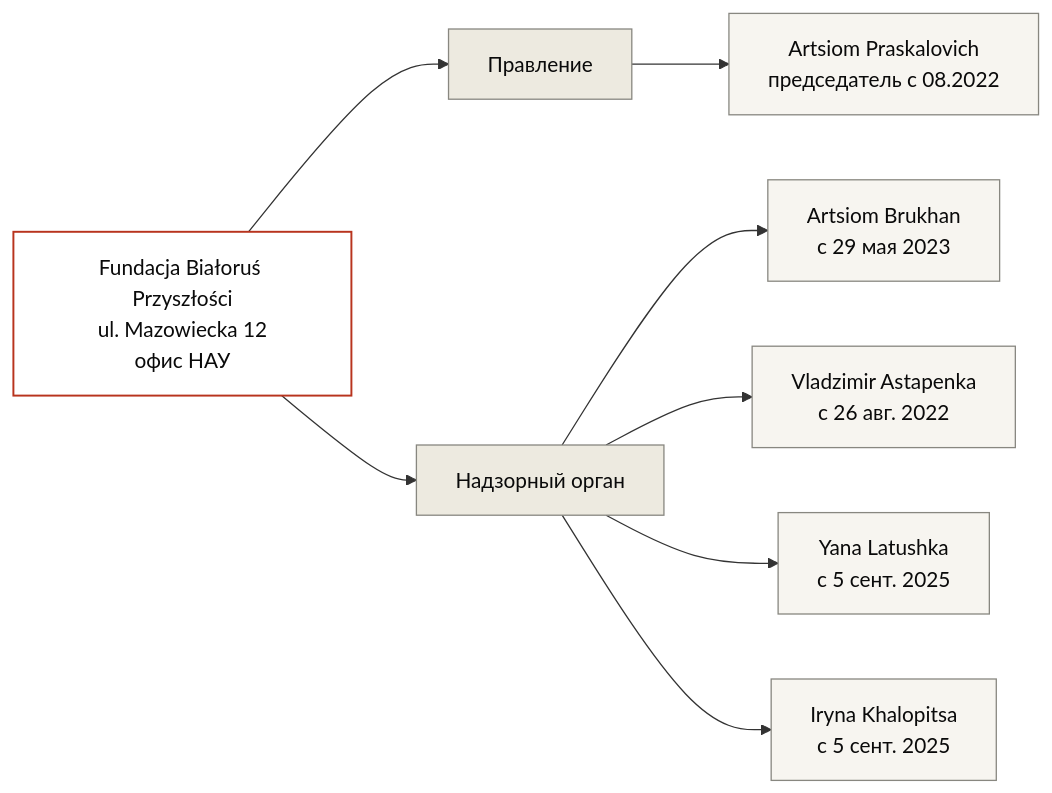
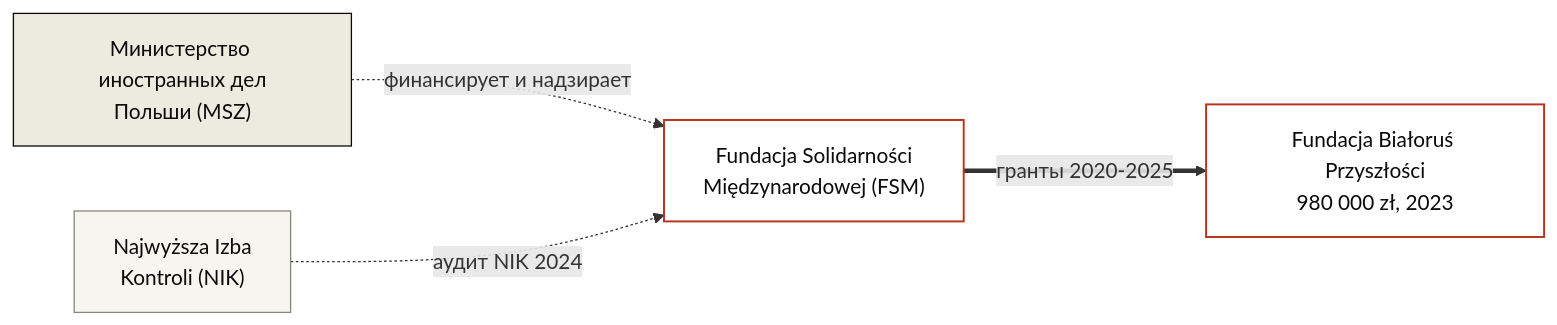
One commit to belarustransparency/belarus-transparency changed the diagram in docs/ru/organizations/fundacja-solidarnosci-miedzynarodowej.md. Above: the diagram before and after it, drawn with Mermaid. The commit also changed other lines of this file, not shown here.

````diff
--- a/docs/ru/organizations/fundacja-solidarnosci-miedzynarodowej.md
+++ b/docs/ru/organizations/fundacja-solidarnosci-miedzynarodowej.md
@@ -196,27 +196,19 @@
 ```mermaid
 graph LR
-    ORG["Fundacja Białoruś Przyszłości<br/>ul. Mazowiecka 12<br/>офис НАУ"]
-    MGMT["Правление"]
-    OVS["Надзорный орган"]
-    PRES["Artsiom Praskalovich<br/>председатель с 08.2022"]
-    OV1["Artsiom Brukhan<br/>с 29 мая 2023"]
-    OV2["Vladzimir Astapenka<br/>с 26 авг. 2022"]
-    OV3["Yana Latushka<br/>с 5 сент. 2025"]
-    OV4["Iryna Khalopitsa<br/>с 5 сент. 2025"]
-    
-    ORG --> MGMT
-    ORG --> OVS
-    MGMT --> PRES
-    OVS --> OV1
-    OVS --> OV2
-    OVS --> OV3
-    OVS --> OV4
+    MSZ["Министерство иностранных дел<br/>Польши (MSZ)"]
+    FSM["Fundacja Solidarności<br/>Międzynarodowej (FSM)"]
+    BP["Fundacja Białoruś Przyszłości<br/>980 000 zł, 2023"]
+    NIK["Najwyższa Izba<br/>Kontroli (NIK)"]
 
+    MSZ -.финансирует и надзирает.-> FSM
+    FSM ==гранты 2020-2025==> BP
+    NIK -.аудит NIK 2024.-> FSM
+
+    classDef state fill:#EDEAE0,stroke:#0A0A0A,stroke-width:1px,color:#0A0A0A;
     classDef org fill:#FFFFFF,stroke:#B8341E,stroke-width:1.5px,color:#0A0A0A;
-    classDef unit fill:#EDEAE0,stroke:#888780,stroke-width:1px,color:#0A0A0A;
-    classDef person fill:#F7F5F0,stroke:#888780,stroke-width:1px,color:#0A0A0A;
+    classDef control fill:#F7F5F0,stroke:#888780,stroke-width:1px,color:#0A0A0A;
 
-    class ORG org;
-    class MGMT,OVS unit;
-    class PRES,OV1,OV2,OV3,OV4 person;
+    class MSZ state;
+    class FSM,BP org;
+    class NIK control;
 ```
````
